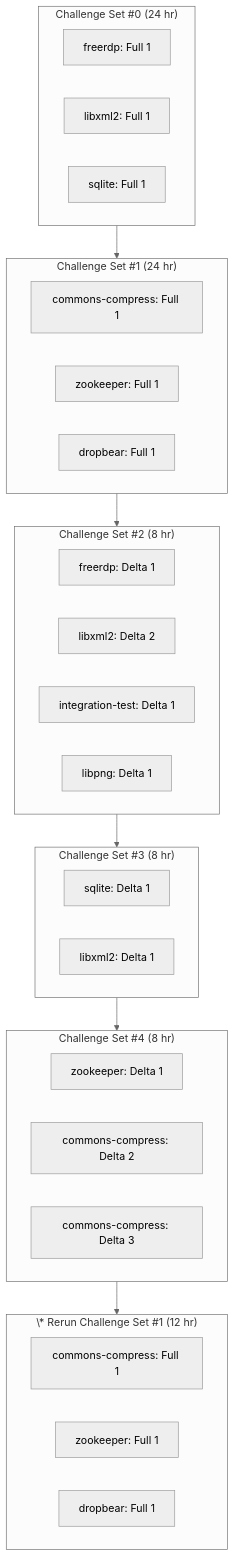
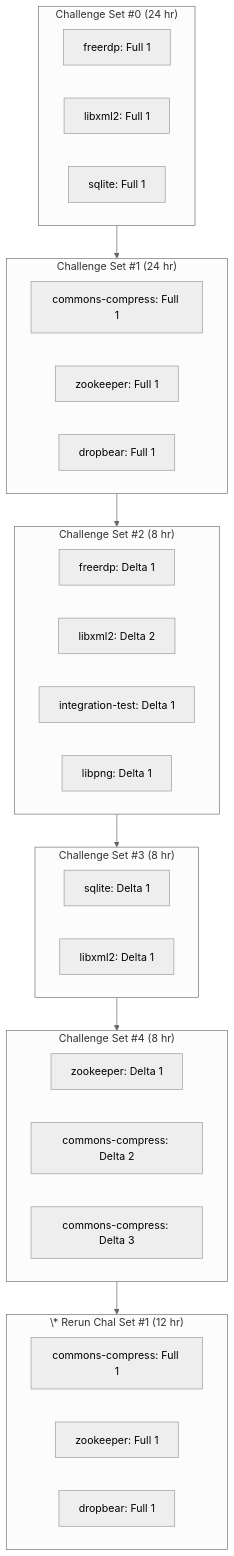
One commit to AIxCyberChallenge/example-crs-architecture changed the diagram in docs/round_info/exhibition-round-2.md. Above: the diagram before and after it, drawn with Mermaid (neutral theme). The commit also changed other lines of this file and 1 other file, not shown here.

````diff
--- a/docs/round_info/exhibition-round-2.md
+++ b/docs/round_info/exhibition-round-2.md
@@ -20,46 +20,46 @@
 ```mermaid
 flowchart TD
   subgraph A["Challenge Set #0 (24 hr)"]
     direction LR
     A0["freerdp: Full 1"]
     B0["libxml2: Full 1"]
     C0["sqlite: Full 1"]
   end
 
   subgraph B["Challenge Set #1 (24 hr)"]
     direction LR
     A1["commons-compress: Full 1"]
     B1["zookeeper: Full 1"]
     C1["dropbear: Full 1"]
   end
 
   subgraph C["Challenge Set #2 (8 hr)"]
     direction LR
     A2["freerdp: Delta 1"]
     B2["libxml2: Delta 2"]
     C2["integration-test: Delta 1"]
     D2["libpng: Delta 1"]
   end
 
   subgraph D["Challenge Set #3 (8 hr)"]
     direction LR
     A3["sqlite: Delta 1"]
     B3["libxml2: Delta 1"]
   end
 
   subgraph E["Challenge Set #4 (8 hr)"]
     direction LR
     A4["zookeeper: Delta 1"]
     B4["commons-compress: Delta 2"]
     C4["commons-compress: Delta 3"]
   end
 
-  subgraph F["\* Rerun Challenge Set #1 (12 hr)"]
+  subgraph F["\* Rerun Chal Set #1 (12 hr)"]
     direction LR
     A5["commons-compress: Full 1"]
     B5["zookeeper: Full 1"]
     C5["dropbear: Full 1"]
   end
 
   A --> B --> C --> D --> E --> F
 ```
````
